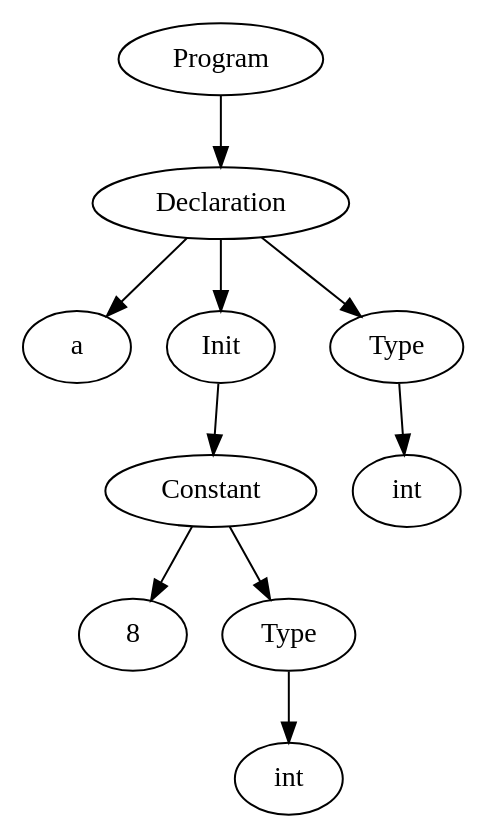
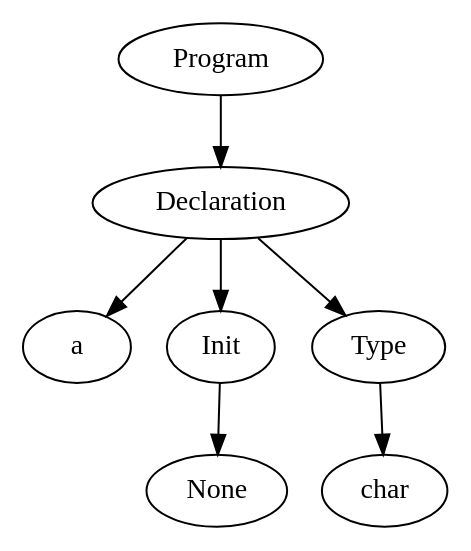
The diagram in graph.dot (ChaseCarthen/CS660-Compiler-Construction), drawn with Graphviz before and after one commit. The commit also changed 5 other files, not shown here.

```diff
--- a/graph.dot
+++ b/graph.dot
@@ -1,7 +1,5 @@
 digraph parse_tree {
 {gv100000[label="Program"]}->{{gv100002[label="Declaration"]}}{gv100002[label="Declaration"]}->{gv100005[label="a"] gv100001[label="Init"] gv100003[label="Type"]};
-{gv100001[label="Init"]}->{gv100006[label="Constant"]};
-{gv100006[label="Constant"]}->{gv100007[label="8"]};
-{gv100006[label="Constant"]}->{gv100008[label="Type"]}{gv100008[label="Type"]}->{gv100009[label="int"]};
-{gv100003[label="Type"]}->{gv100004[label="int"]};
+{gv100001[label="Init"]}->{gv100006[label="None"]};
+{gv100003[label="Type"]}->{gv100004[label="char"]};
 }
```
